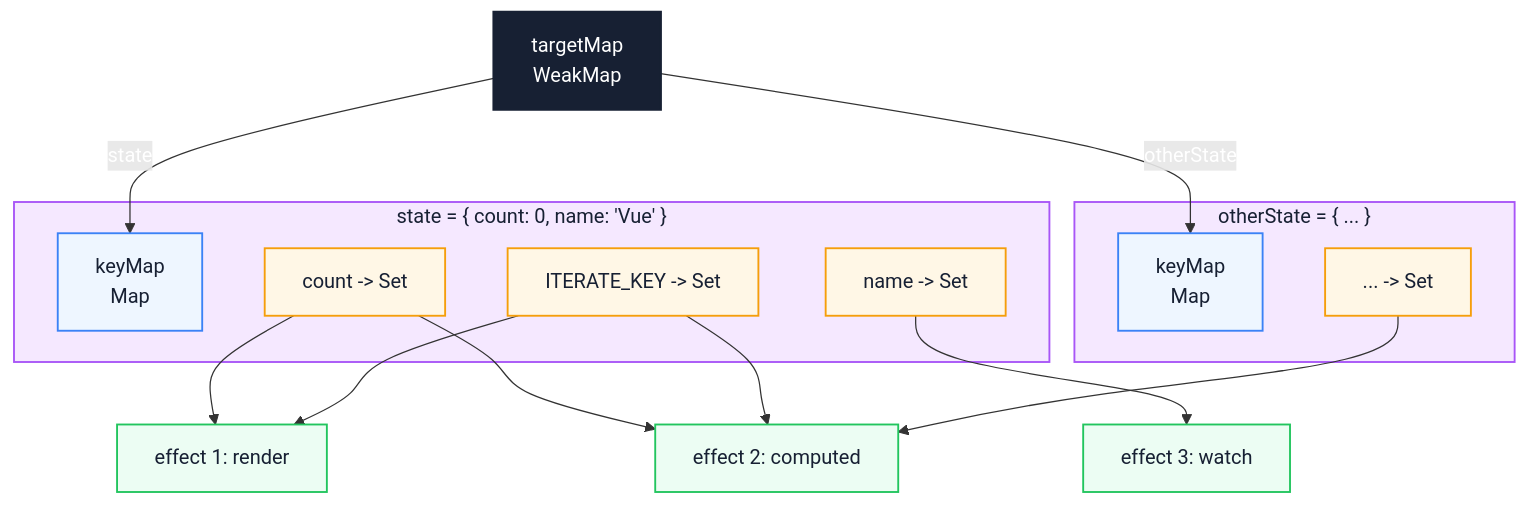
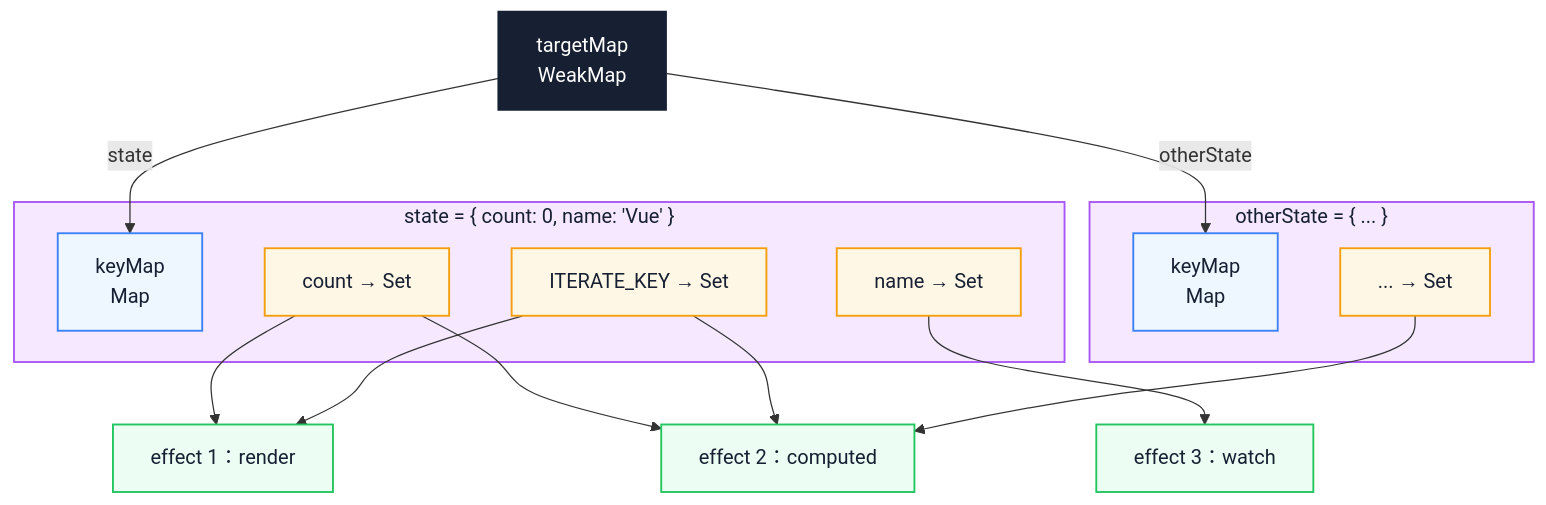
Before and after one commit to Fatejian/frontier-vault: the first of 3 diagrams in docs/frameworks/vue3-reactivity.md, drawn with Mermaid. The commit also changed other lines of this file and 41 other files, not shown here.

````diff
--- a/docs/frameworks/vue3-reactivity.md
+++ b/docs/frameworks/vue3-reactivity.md
@@ -428,40 +394,39 @@
 ```mermaid
-%%{init: {'theme': 'base', 'themeVariables': { 'fontFamily': 'Inter, PingFang SC, Microsoft YaHei, sans-serif', 'primaryColor': '#EEF6FF', 'primaryTextColor': '#172033', 'primaryBorderColor': '#6EA8FE', 'lineColor': '#8A94A6', 'secondaryColor': '#F7F9FC', 'tertiaryColor': '#FFF7E6, 'fontSize': '13px'}}}%%
 flowchart TB
-    TM[targetMap<br/>WeakMap]
+    TM["targetMap<br/>WeakMap"]
 
     subgraph T1["state = { count: 0, name: 'Vue' }"]
-        K1[keyMap<br/>Map]
-        K1A[count -> Set]
-        K1B[name -> Set]
-        K1C[ITERATE_KEY -> Set]
+        K1["keyMap<br/>Map"]
+        K1A["count → Set"]
+        K1B["name → Set"]
+        K1C["ITERATE_KEY → Set"]
     end
 
     subgraph T2["otherState = { ... }"]
-        K2[keyMap<br/>Map]
-        K2A[... -> Set]
+        K2["keyMap<br/>Map"]
+        K2A["... → Set"]
     end
 
     TM -->|state| K1
     TM -->|otherState| K2
 
-    K1A --> E1["effect 1: render"]
-    K1A --> E2["effect 2: computed"]
-    K1B --> E3["effect 3: watch"]
+    K1A --> E1["effect 1：render"]
+    K1A --> E2["effect 2：computed"]
+    K1B --> E3["effect 3：watch"]
     K1C --> E1
     K1C --> E2
 
     K2A --> E2
 
-    classDef root fill:#172033,color:#fff,stroke:#172033,stroke-width:2px;
-    classDef target fill:#F5E8FF,stroke:#A855F7,color:#172033,stroke-width:1.5px;
-    classDef keymap fill:#EEF6FF,stroke:#3B82F6,color:#172033,stroke-width:1.5px;
-    classDef dep fill:#FFF7E6,stroke:#F59E0B,color:#172033,stroke-width:1.5px;
-    classDef effect fill:#ECFDF3,stroke:#22C55E,color:#172033,stroke-width:1.5px;
+    classDef core fill:#172033,color:#fff,stroke:#172033,stroke-width:2px;
+    classDef metric fill:#F5E8FF,stroke:#A855F7,color:#172033,stroke-width:1.5px;
+    classDef wait fill:#EEF6FF,stroke:#3B82F6,color:#172033,stroke-width:1.5px;
+    classDef block fill:#FFF7E6,stroke:#F59E0B,color:#172033,stroke-width:1.5px;
+    classDef work fill:#ECFDF3,stroke:#22C55E,color:#172033,stroke-width:1.5px;
 
-    class TM root;
-    class T1,T2 target;
-    class K1,K2 keymap;
-    class K1A,K1B,K1C,K2A dep;
-    class E1,E2,E3 effect;
+    class TM core;
+    class T1,T2 metric;
+    class K1,K2 wait;
+    class K1A,K1B,K1C,K2A block;
+    class E1,E2,E3 work;
 ```
````
